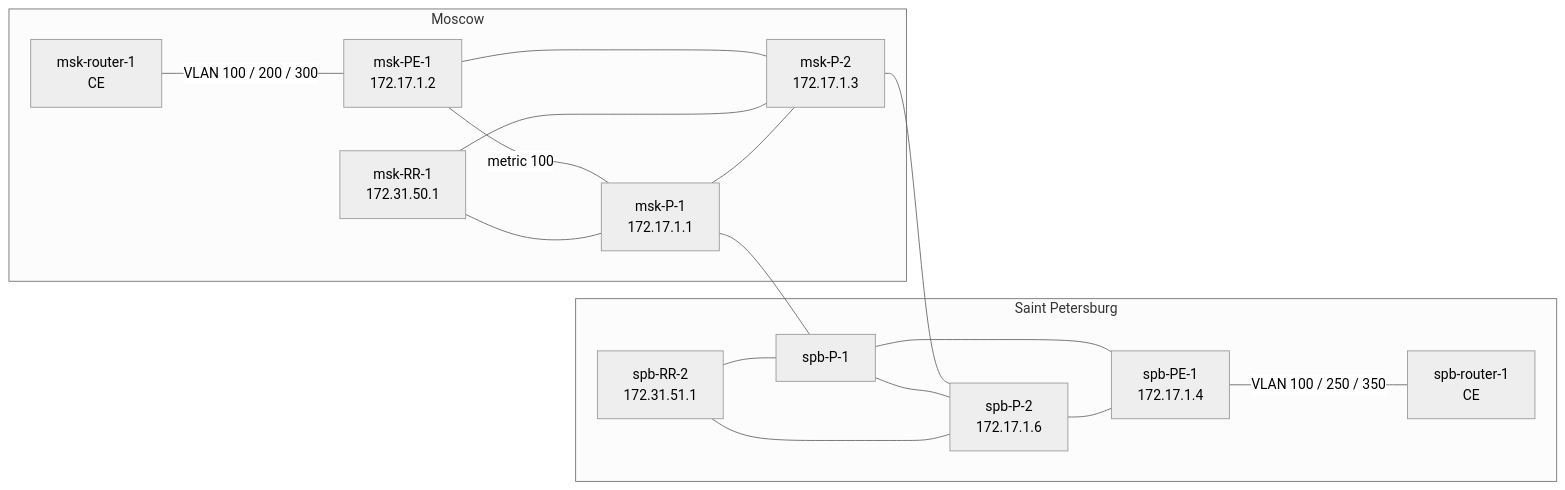
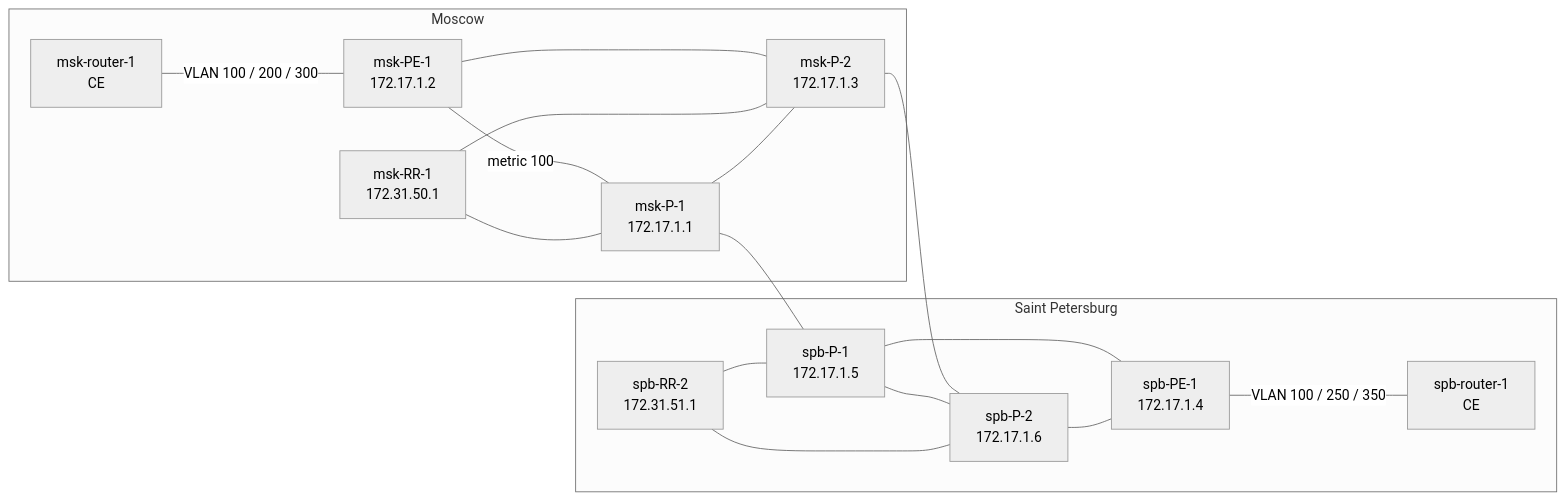
The first of 2 diagrams in IP.MPLS/Readme.md (A1exger/Portfolio), drawn with Mermaid (neutral theme) before and after one commit. The commit also changed other lines of this file, not shown here.

````diff
--- a/IP.MPLS/Readme.md
+++ b/IP.MPLS/Readme.md
@@ -68,31 +68,31 @@
 ```mermaid
 graph LR
   subgraph MSK [Moscow]
     mskCE["msk-router-1<br/>CE"]
     mskPE["msk-PE-1<br/>172.17.1.2"]
     mskP1["msk-P-1<br/>172.17.1.1"]
     mskP2["msk-P-2<br/>172.17.1.3"]
     mskRR["msk-RR-1<br/>172.31.50.1"]
   end
   subgraph SPB [Saint Petersburg]
-    spbP1["spb-P-1"]
+    spbP1["spb-P-1<br/>172.17.1.5"]
     spbP2["spb-P-2<br/>172.17.1.6"]
     spbRR["spb-RR-2<br/>172.31.51.1"]
     spbPE["spb-PE-1<br/>172.17.1.4"]
     spbCE["spb-router-1<br/>CE"]
   end
   mskCE ---|VLAN 100 / 200 / 300| mskPE
   mskPE ---|metric 100| mskP1
   mskPE --- mskP2
   mskRR --- mskP1
   mskRR --- mskP2
   mskP1 --- mskP2
   mskP1 --- spbP1
   mskP2 --- spbP2
   spbP1 --- spbP2
   spbRR --- spbP1
   spbRR --- spbP2
   spbP1 --- spbPE
   spbP2 --- spbPE
   spbPE ---|VLAN 100 / 250 / 350| spbCE
 ```
````
